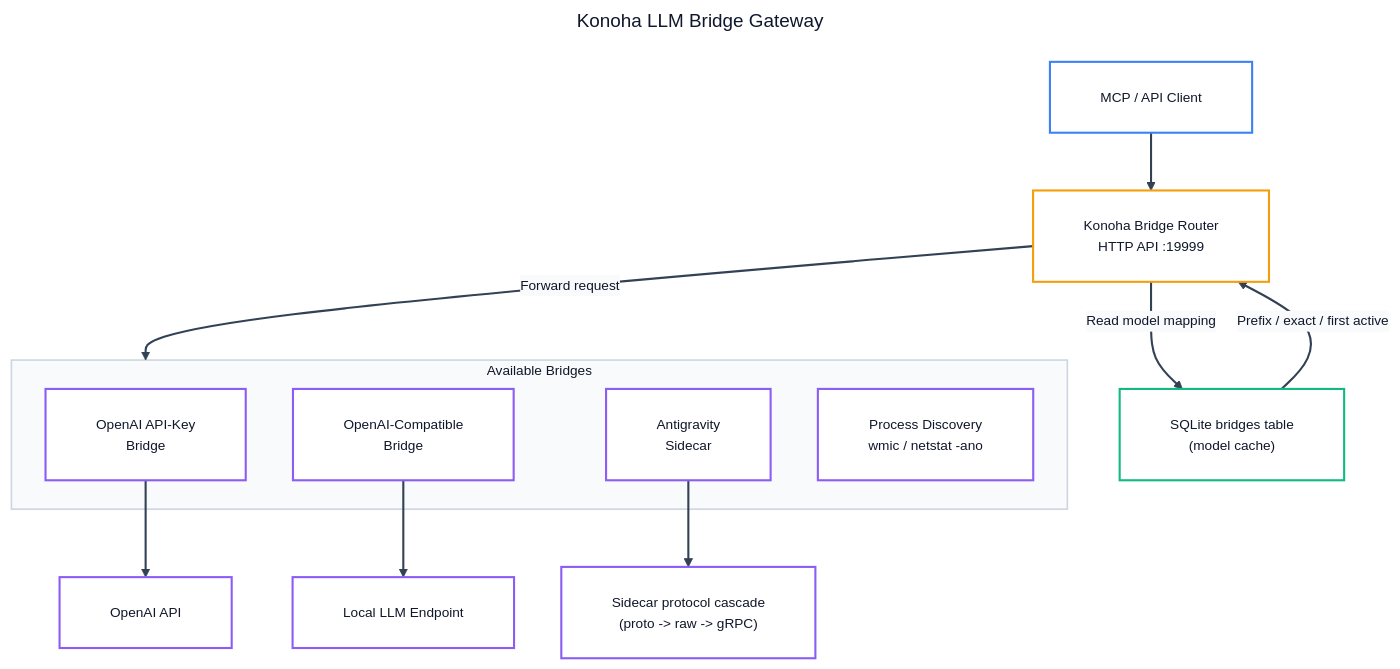
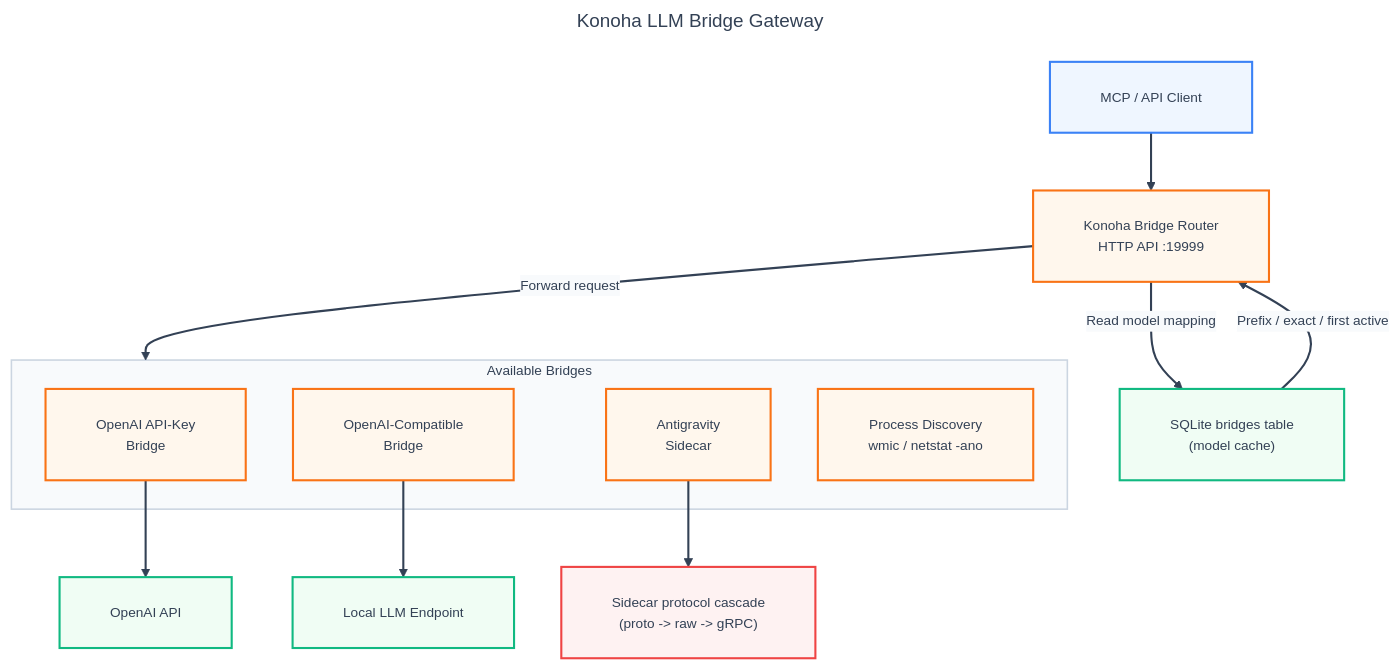
One commit to andycungkrinx91/konoha changed the diagram in docs/LLM-BRIDGE-GATEWAY.md. Above: the diagram before and after it, drawn with Mermaid. The commit also changed 136 other files, not shown here.

````diff
--- a/docs/LLM-BRIDGE-GATEWAY.md
+++ b/docs/LLM-BRIDGE-GATEWAY.md
@@ -11,54 +11,54 @@
 ```mermaid
 ---
 title: Konoha LLM Bridge Gateway
 config:
   theme: base
   themeVariables:
     darkMode: false
     background: '#ffffff'
-    mainBkg: '#ffffff'
-    primaryColor: '#ffffff'
-    primaryTextColor: '#0f172a'
+    mainBkg: '#eff6ff'
+    primaryColor: '#eff6ff'
+    primaryTextColor: '#334155'
     primaryBorderColor: '#3b82f6'
     lineColor: '#334155'
     arrowheadColor: '#334155'
     secondaryColor: '#f8fafc'
-    tertiaryColor: '#ffffff'
+    tertiaryColor: '#f0fdf4'
     fontFamily: 'Inter, system-ui, -apple-system, sans-serif'
     fontSize: '13px'
   flowchart:
     nodeSpacing: 45
     rankSpacing: 55
     padding: 24
     wrappingWidth: 380
 ---
 flowchart TB
     Client["MCP / API Client"] --> Gateway["Konoha Bridge Router<br/>HTTP API :19999"]
     Gateway -->|Read model mapping| Bridges["SQLite bridges table<br/>(model cache)"]
     Bridges -->|Prefix / exact / first active| Gateway
 
     subgraph BridgesLayer ["Available Bridges"]
         OpenAI["OpenAI API-Key<br/>Bridge"]
         Compatible["OpenAI-Compatible<br/>Bridge"]
         Antigravity["Antigravity<br/>Sidecar"]
         Discovery["Process Discovery<br/>wmic / netstat -ano"]
     end
 
     Gateway -->|Forward request| BridgesLayer
     OpenAI --> OpenAIAPI["OpenAI API"]
     Compatible --> Local["Local LLM Endpoint"]
     Antigravity --> Cascade["Sidecar protocol cascade<br/>(proto -> raw -> gRPC)"]
 
     linkStyle default stroke:#334155,stroke-width:2px;
-    style BridgesLayer fill:#f8fafc,stroke:#cbd5e1,stroke-width:1.5px,color:#0f172a;
+    style BridgesLayer fill:#f8fafc,stroke:#cbd5e1,stroke-width:1.5px,color:#334155;
 
-    classDef clientNode fill:#ffffff,stroke:#3b82f6,color:#0f172a,stroke-width:2px;
-    classDef gatewayNode fill:#ffffff,stroke:#f59e0b,color:#0f172a,stroke-width:2px;
-    classDef bridgeNode fill:#ffffff,stroke:#8b5cf6,color:#0f172a,stroke-width:2px;
-    classDef storageNode fill:#ffffff,stroke:#10b981,color:#0f172a,stroke-width:2px;
+    classDef blueShape fill:#eff6ff,stroke:#3b82f6,color:#334155,stroke-width:2px;
+    classDef orangeShape fill:#fff7ed,stroke:#f97316,color:#334155,stroke-width:2px;
+    classDef greenShape fill:#f0fdf4,stroke:#10b981,color:#334155,stroke-width:2px;
+    classDef redShape fill:#fef2f2,stroke:#ef4444,color:#334155,stroke-width:2px;
 
-    class Client clientNode;
-    class Gateway gatewayNode;
-    class OpenAI,Compatible,Antigravity,OpenAIAPI,Local,Cascade,Discovery bridgeNode;
-    class Bridges storageNode;
+    class Client blueShape;
+    class Gateway,OpenAI,Compatible,Antigravity,Discovery orangeShape;
+    class Bridges,OpenAIAPI,Local greenShape;
+    class Cascade redShape;
 ```
````
